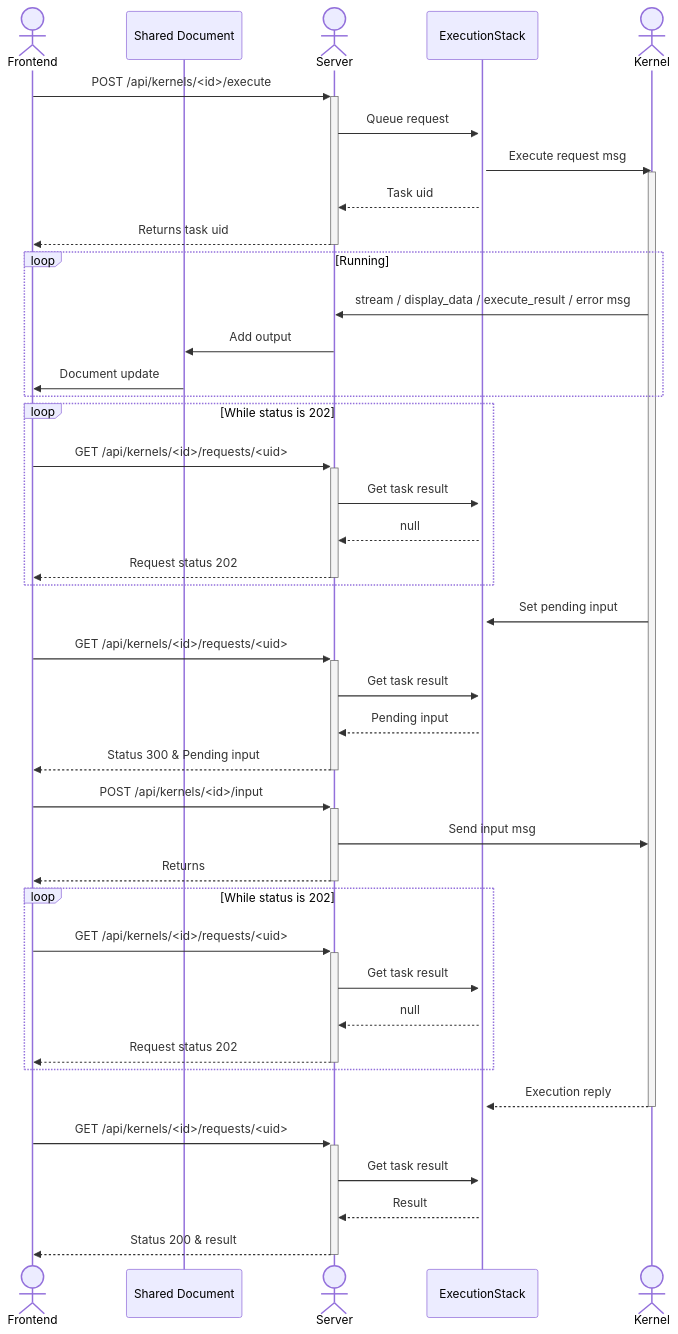
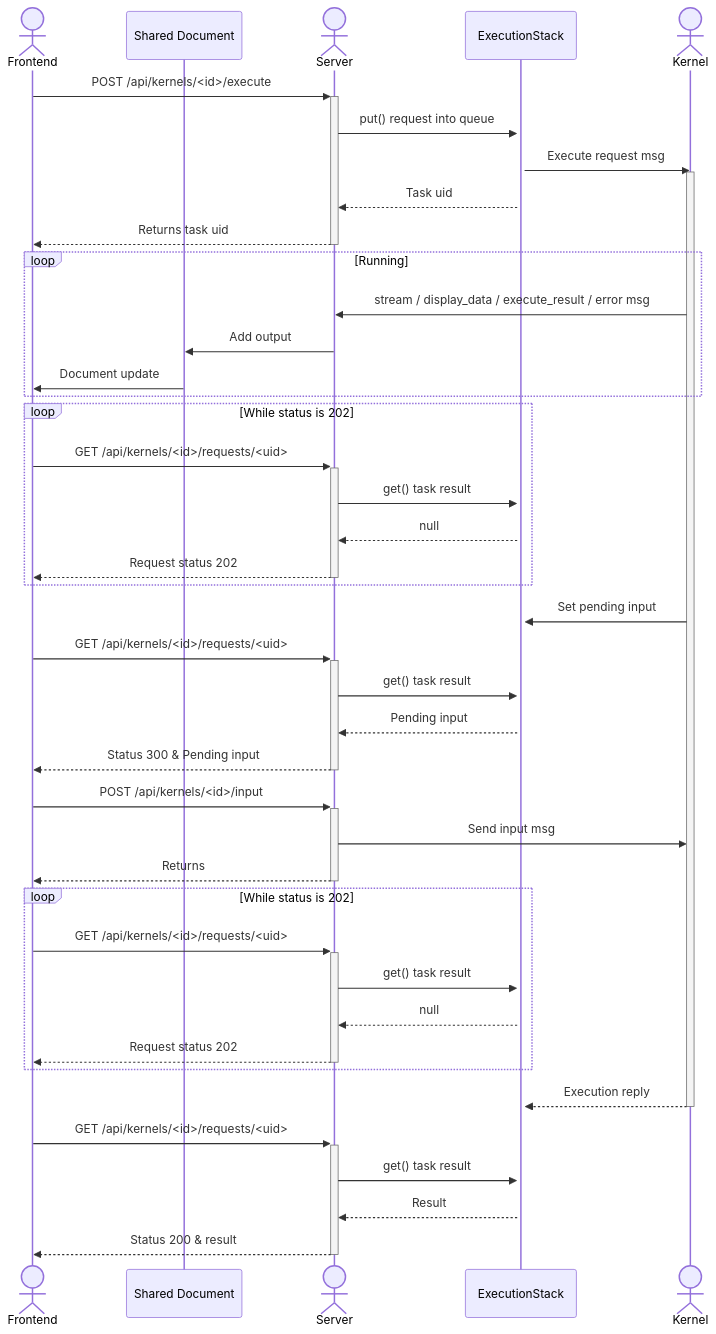
One commit to datalayer/jupyter-server-nbmodel changed the second of 2 diagrams in README.md. Above: the diagram before and after it, drawn with Mermaid. The commit also changed other lines of this file, not shown here.

Commit message:
Diagram: `put()` & `get()` wording for local calls to ExecutionStack

````diff
--- a/README.md
+++ b/README.md
@@ -107,41 +107,41 @@
 ```mermaid
 sequenceDiagram
     actor Frontend; participant Shared Document; actor Server; participant ExecutionStack; actor Kernel
     Frontend->>+Server: POST /api/kernels/<id>/execute
-    Server->>+ExecutionStack: Queue request
+    Server->>+ExecutionStack: put() request into queue
     ExecutionStack->>Kernel: Execute request msg
     activate Kernel
     ExecutionStack-->>Server: Task uid
     Server-->>-Frontend: Returns task uid
     loop Running
         Kernel->>Server: stream / display_data / execute_result / error msg
         Server->>Shared Document: Add output
         Shared Document->>Frontend: Document update
     end
     loop While status is 202
         Frontend->>+Server: GET /api/kernels/<id>/requests/<uid>
-        Server->>ExecutionStack: Get task result
+        Server->>ExecutionStack: get() task result
         ExecutionStack-->>Server: null
         Server-->>-Frontend: Request status 202
     end
     Kernel->>ExecutionStack: Set pending input
     Frontend->>+Server: GET /api/kernels/<id>/requests/<uid>
-    Server->>ExecutionStack: Get task result
+    Server->>ExecutionStack: get() task result
     ExecutionStack-->>Server: Pending input
     Server-->>-Frontend: Status 300 & Pending input
     Frontend->>+Server: POST /api/kernels/<id>/input
     Server->>Kernel: Send input msg
     Server-->>-Frontend: Returns
     loop While status is 202
         Frontend->>+Server: GET /api/kernels/<id>/requests/<uid>
-        Server->>ExecutionStack: Get task result
+        Server->>ExecutionStack: get() task result
         ExecutionStack-->>Server: null
         Server-->>-Frontend: Request status 202
     end
     Kernel-->>ExecutionStack: Execution reply
     deactivate Kernel
     Frontend->>+Server: GET /api/kernels/<id>/requests/<uid>
-    Server->>ExecutionStack: Get task result
+    Server->>ExecutionStack: get() task result
     ExecutionStack-->>Server: Result
     Server-->>-Frontend: Status 200 & result
 ```
````
